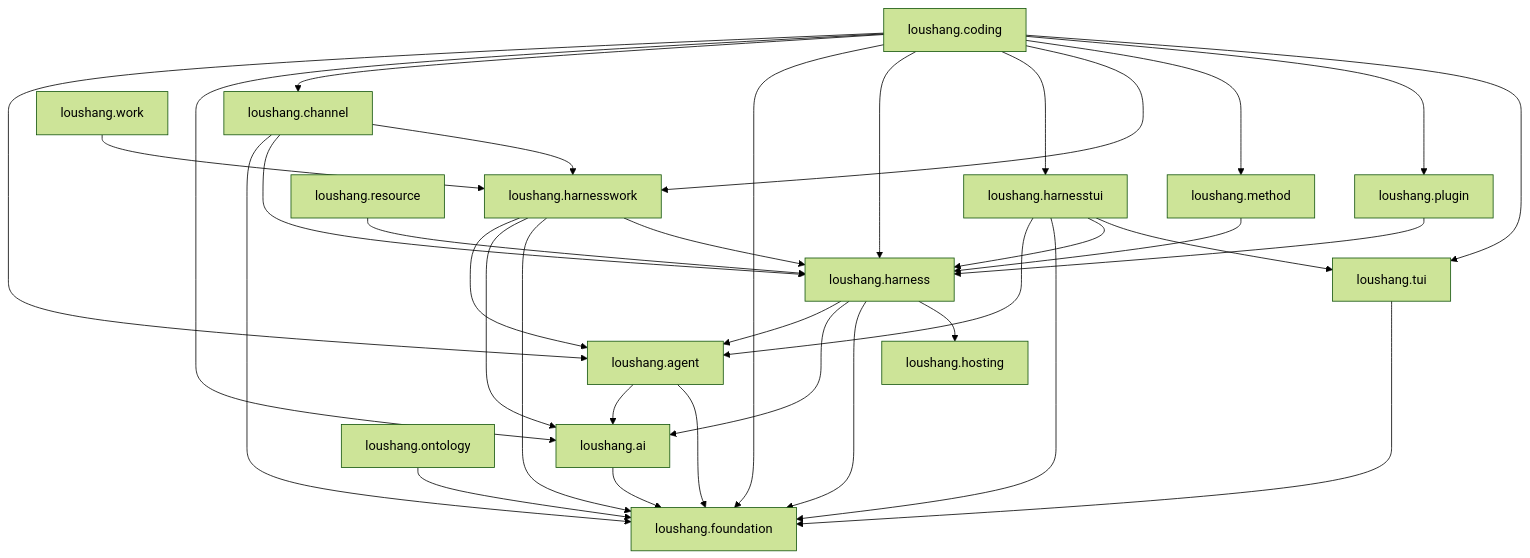
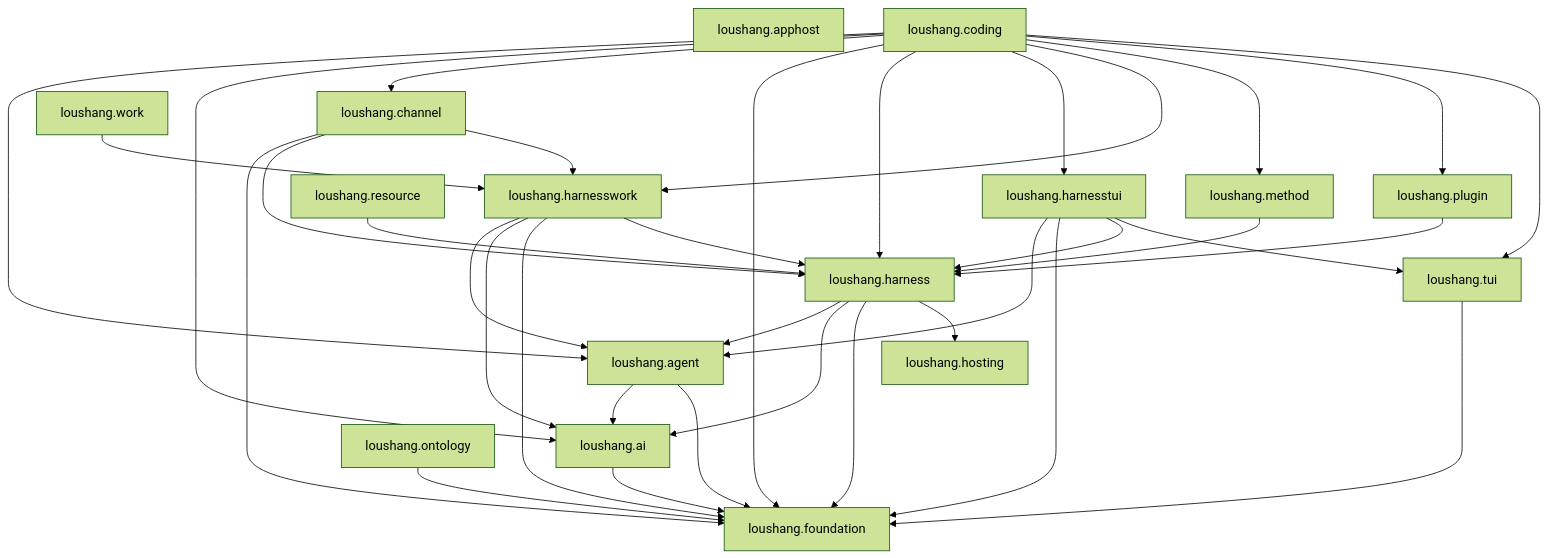
The diagram in docs/internals/architecture/generated/current-package-dependencies.md (zhnt/loushang), drawn with Mermaid (forest theme) before and after one commit. The commit also changed other lines of this file and 28 other files, not shown here.

````diff
--- a/docs/internals/architecture/generated/current-package-dependencies.md
+++ b/docs/internals/architecture/generated/current-package-dependencies.md
@@ -27,53 +27,54 @@
 ```mermaid
 graph TD
     PKG_AGENT["loushang.agent"]
     PKG_AI["loushang.ai"]
+    PKG_APPHOST["loushang.apphost"]
     PKG_CHANNEL["loushang.channel"]
     PKG_CODING["loushang.coding"]
     PKG_FOUNDATION["loushang.foundation"]
     PKG_HARNESS["loushang.harness"]
     PKG_HARNESSTUI["loushang.harnesstui"]
     PKG_HARNESSWORK["loushang.harnesswork"]
     PKG_HOSTING["loushang.hosting"]
     PKG_METHOD["loushang.method"]
     PKG_ONTOLOGY["loushang.ontology"]
     PKG_PLUGIN["loushang.plugin"]
     PKG_RESOURCE["loushang.resource"]
     PKG_TUI["loushang.tui"]
     PKG_WORK["loushang.work"]
 
     PKG_AGENT --> PKG_AI
     PKG_AGENT --> PKG_FOUNDATION
     PKG_AI --> PKG_FOUNDATION
     PKG_CHANNEL --> PKG_FOUNDATION
     PKG_CHANNEL --> PKG_HARNESS
     PKG_CHANNEL --> PKG_HARNESSWORK
     PKG_CODING --> PKG_AGENT
     PKG_CODING --> PKG_AI
     PKG_CODING --> PKG_CHANNEL
     PKG_CODING --> PKG_FOUNDATION
     PKG_CODING --> PKG_HARNESS
     PKG_CODING --> PKG_HARNESSTUI
     PKG_CODING --> PKG_HARNESSWORK
     PKG_CODING --> PKG_METHOD
     PKG_CODING --> PKG_PLUGIN
     PKG_CODING --> PKG_TUI
     PKG_HARNESS --> PKG_AGENT
     PKG_HARNESS --> PKG_AI
     PKG_HARNESS --> PKG_FOUNDATION
     PKG_HARNESS --> PKG_HOSTING
     PKG_HARNESSTUI --> PKG_AGENT
     PKG_HARNESSTUI --> PKG_FOUNDATION
     PKG_HARNESSTUI --> PKG_HARNESS
     PKG_HARNESSTUI --> PKG_TUI
     PKG_HARNESSWORK --> PKG_AGENT
     PKG_HARNESSWORK --> PKG_AI
     PKG_HARNESSWORK --> PKG_FOUNDATION
     PKG_HARNESSWORK --> PKG_HARNESS
     PKG_METHOD --> PKG_HARNESS
     PKG_ONTOLOGY --> PKG_FOUNDATION
     PKG_PLUGIN --> PKG_HARNESS
     PKG_RESOURCE --> PKG_HARNESS
     PKG_TUI --> PKG_FOUNDATION
     PKG_WORK --> PKG_HARNESSWORK
 ```
````
